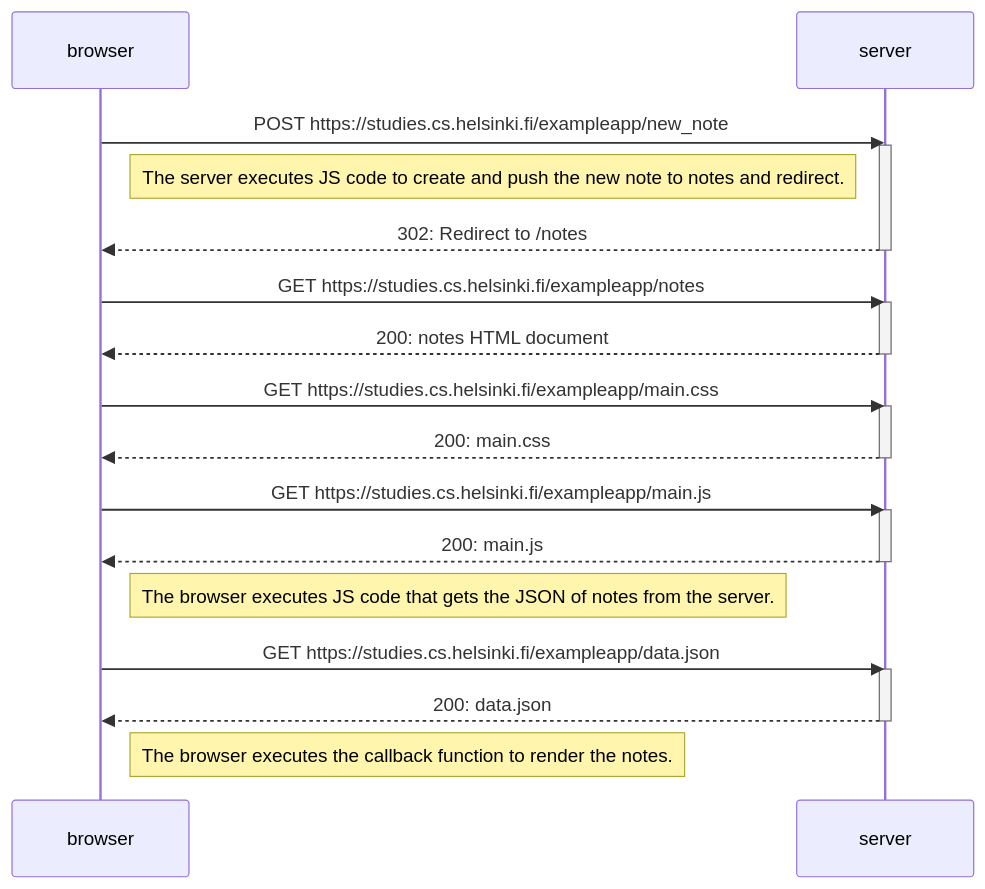
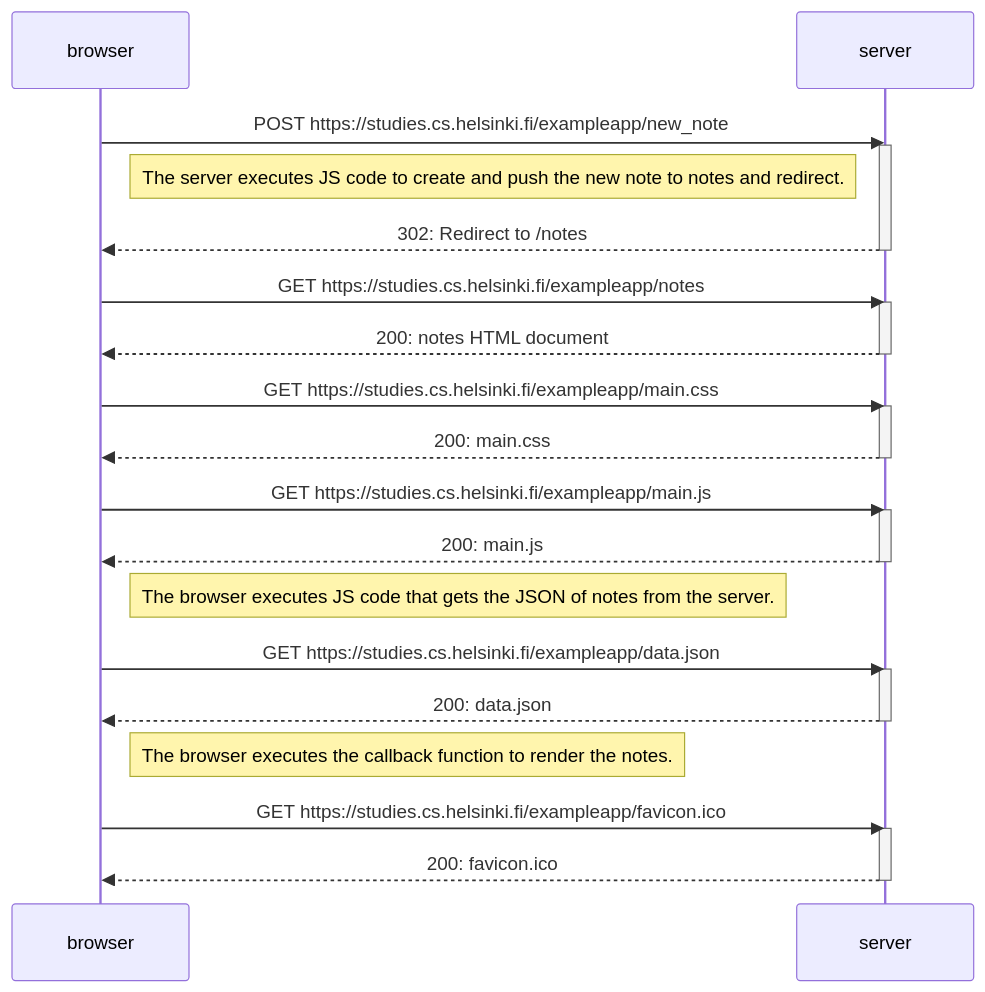
Before and after one commit to Aapok0/FullStackopen: the diagram in Part0/0.4_new_note_diagram.md, drawn with Mermaid. The commit also changed 1 other file, not shown here.

Commit message:
Added favicon request to diagrams.

````diff
--- a/Part0/0.4_new_note_diagram.md
+++ b/Part0/0.4_new_note_diagram.md
@@ -1,35 +1,40 @@
 ``` mermaid
 sequenceDiagram
     participant browser
     participant server
 
     browser->>server: POST https://studies.cs.helsinki.fi/exampleapp/new_note
     activate server
     note left of server: The server executes JS code to create and push the new note to notes and redirect.
     server-->>browser: 302: Redirect to /notes
     deactivate server
 
     browser->>server: GET https://studies.cs.helsinki.fi/exampleapp/notes
     activate server
     server-->>browser: 200: notes HTML document
     deactivate server
 
     browser->>server: GET https://studies.cs.helsinki.fi/exampleapp/main.css
     activate server
     server-->>browser: 200: main.css
     deactivate server
 
     browser->>server: GET https://studies.cs.helsinki.fi/exampleapp/main.js
     activate server
     server-->>browser: 200: main.js
     deactivate server
 
     Note right of browser: The browser executes JS code that gets the JSON of notes from the server.
 
     browser->>server: GET https://studies.cs.helsinki.fi/exampleapp/data.json
     activate server
     server-->>browser: 200: data.json
     deactivate server
 
     Note right of browser: The browser executes the callback function to render the notes.
+
+    browser->>server: GET https://studies.cs.helsinki.fi/exampleapp/favicon.ico
+    activate server
+    server-->>browser: 200: favicon.ico
+    deactivate server
 ```
````
